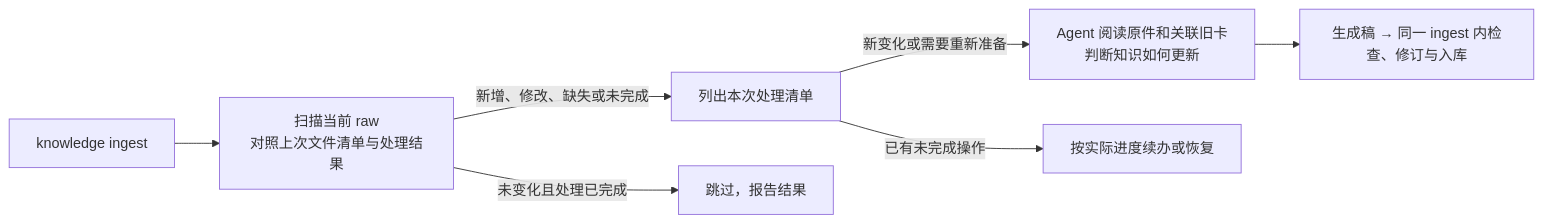
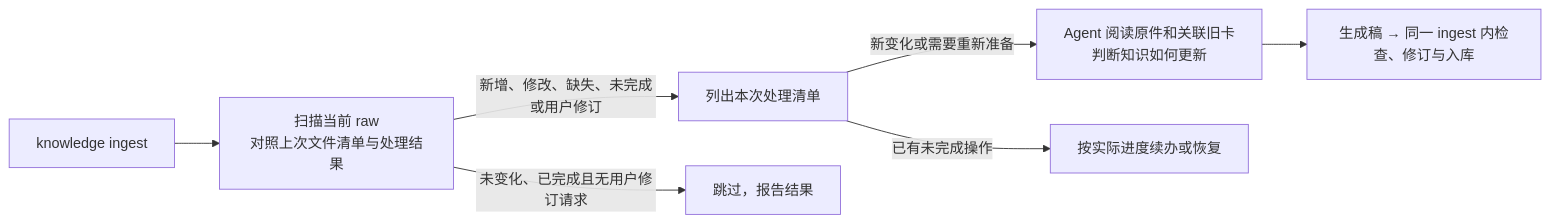
Before and after one commit to Robin-hhc/FactumCore: the third of 20 diagrams in aiotbot-knowledge-wifi-mp/docs-llm-wiki/知识库详细设计.md, drawn with Mermaid. The commit also changed other lines of this file and 115 other files, not shown here.

````diff
--- a/aiotbot-knowledge-wifi-mp/docs-llm-wiki/知识库详细设计.md
+++ b/aiotbot-knowledge-wifi-mp/docs-llm-wiki/知识库详细设计.md
@@ -72,9 +72,9 @@
 ```mermaid
 flowchart LR
     CMD["knowledge ingest"] --> COMPARE["扫描当前 raw<br/>对照上次文件清单与处理结果"]
-    COMPARE -->|"新增、修改、缺失或未完成"| WORK["列出本次处理清单"]
-    COMPARE -->|"未变化且处理已完成"| SKIP["跳过，报告结果"]
+    COMPARE -->|"新增、修改、缺失、未完成或用户修订"| WORK["列出本次处理清单"]
+    COMPARE -->|"未变化、已完成且无用户修订请求"| SKIP["跳过，报告结果"]
     WORK -->|"新变化或需要重新准备"| AGENT["Agent 阅读原件和关联旧卡<br/>判断知识如何更新"]
     WORK -->|"已有未完成操作"| RESUME["按实际进度续办或恢复"]
     AGENT --> DRAFT["生成稿 → 同一 ingest 内检查、修订与入库"]
 ```
````
